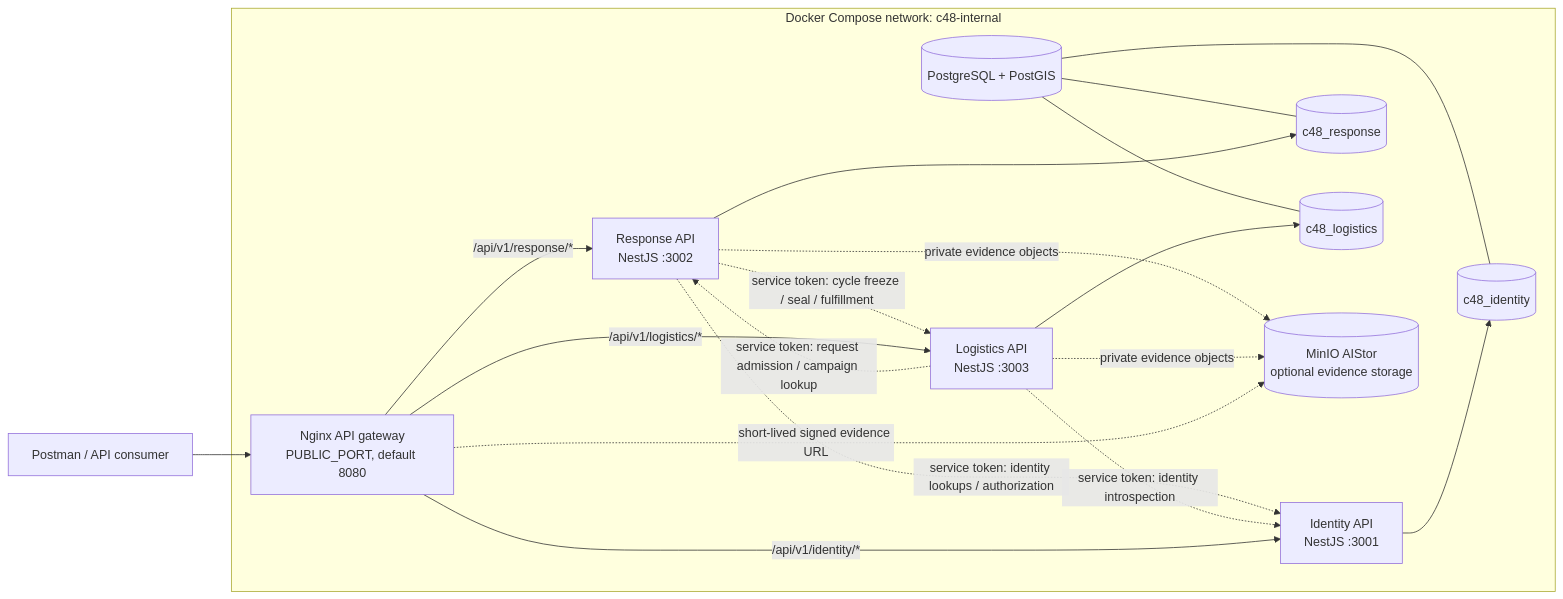
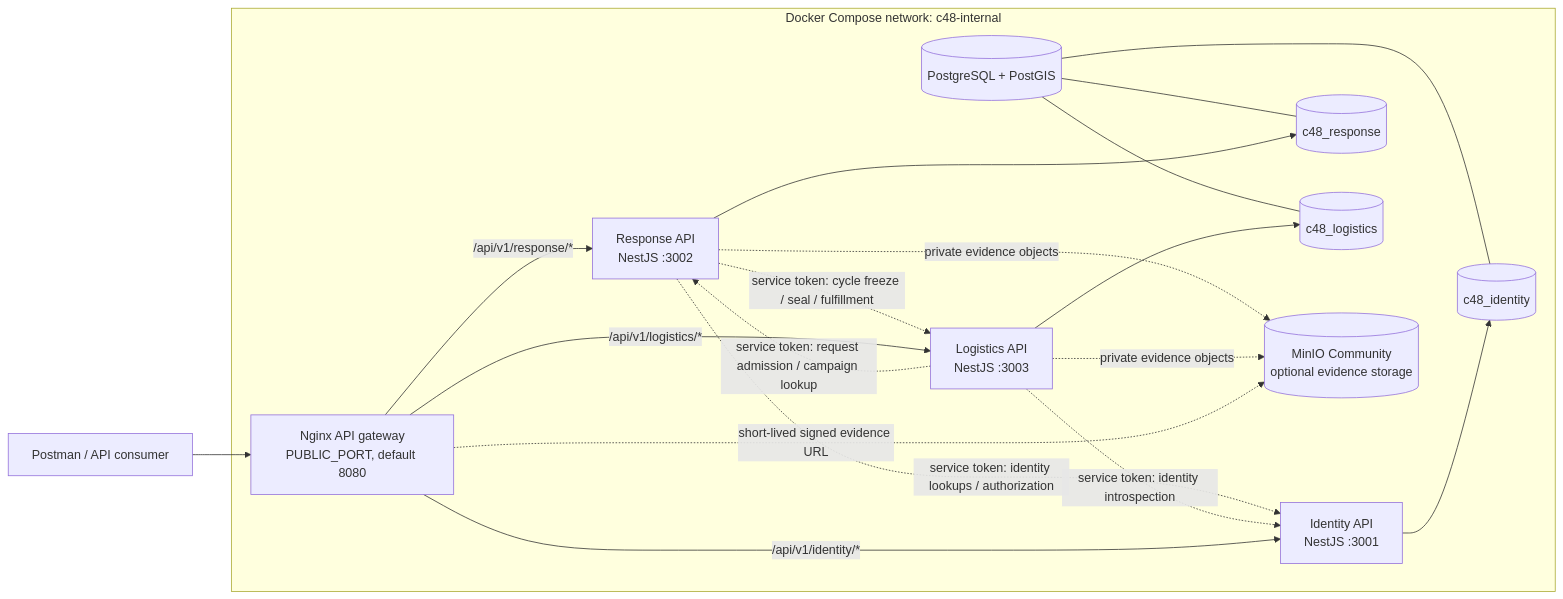
One commit to sangvirgo/disaster-relief-management changed the first of 6 diagrams in docs/diagrams/c48-implemented-system.md. Above: the diagram before and after it, drawn with Mermaid. The commit also changed 62 other files, not shown here.

````diff
--- a/docs/diagrams/c48-implemented-system.md
+++ b/docs/diagrams/c48-implemented-system.md
@@ -28,40 +28,40 @@
 ```mermaid
 flowchart LR
   Client["Postman / API consumer"]
 
   subgraph Compose["Docker Compose network: c48-internal"]
     Gateway["Nginx API gateway<br/>PUBLIC_PORT, default 8080"]
 
     Identity["Identity API<br/>NestJS :3001"]
     Response["Response API<br/>NestJS :3002"]
     Logistics["Logistics API<br/>NestJS :3003"]
 
     PostgreSQL[("PostgreSQL + PostGIS")]
     IdentityDB[("c48_identity")]
     ResponseDB[("c48_response")]
     LogisticsDB[("c48_logistics")]
-    MinIO[("MinIO AIStor<br/>optional evidence storage")]
+    MinIO[("MinIO Community<br/>optional evidence storage")]
 
     PostgreSQL --- IdentityDB
     PostgreSQL --- ResponseDB
     PostgreSQL --- LogisticsDB
 
     Identity --> IdentityDB
     Response --> ResponseDB
     Logistics --> LogisticsDB
 
     Response -. "service token: identity lookups / authorization" .-> Identity
     Logistics -. "service token: identity introspection" .-> Identity
     Response -. "service token: cycle freeze / seal / fulfillment" .-> Logistics
     Logistics -. "service token: request admission / campaign lookup" .-> Response
 
     Response -. "private evidence objects" .-> MinIO
     Logistics -. "private evidence objects" .-> MinIO
     Gateway -. "short-lived signed evidence URL" .-> MinIO
   end
 
   Client --> Gateway
   Gateway -->|"/api/v1/identity/*"| Identity
   Gateway -->|"/api/v1/response/*"| Response
   Gateway -->|"/api/v1/logistics/*"| Logistics
 ```
````
